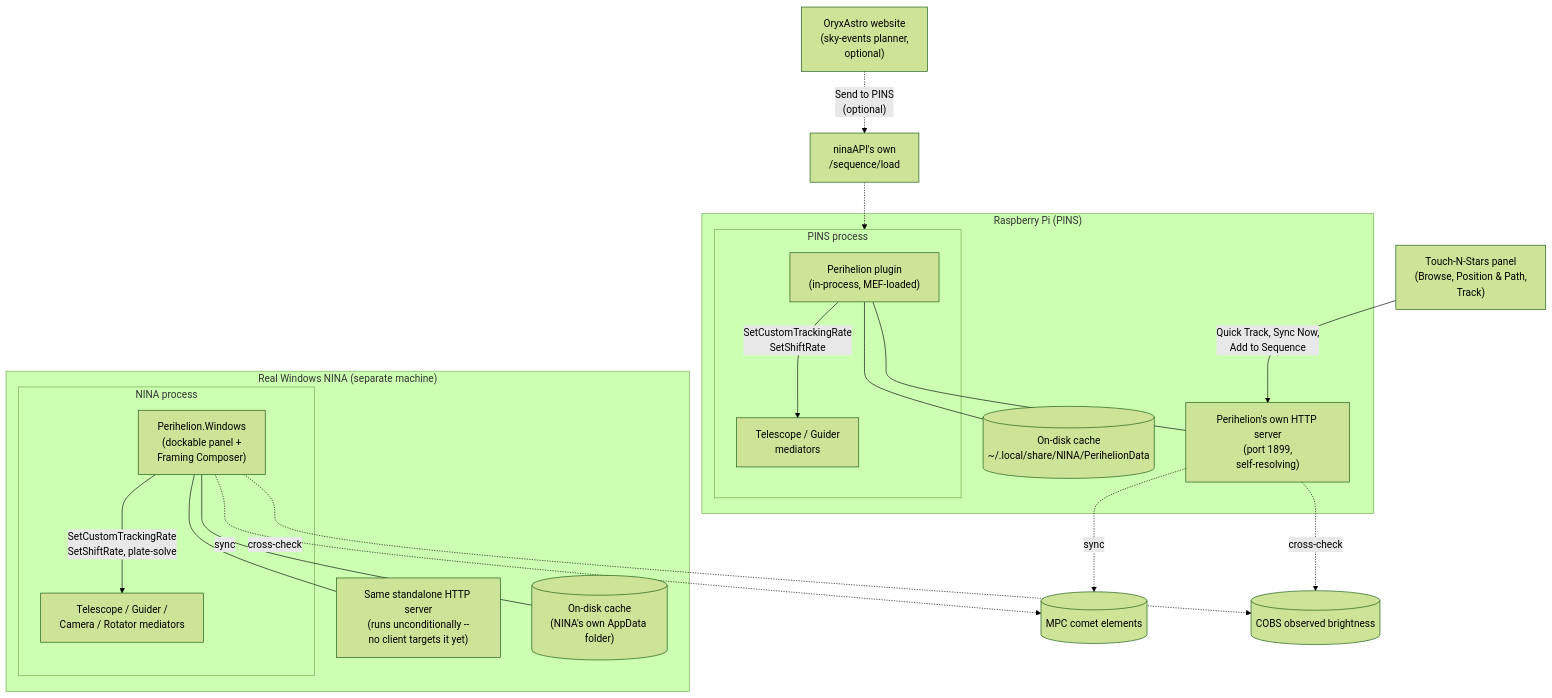
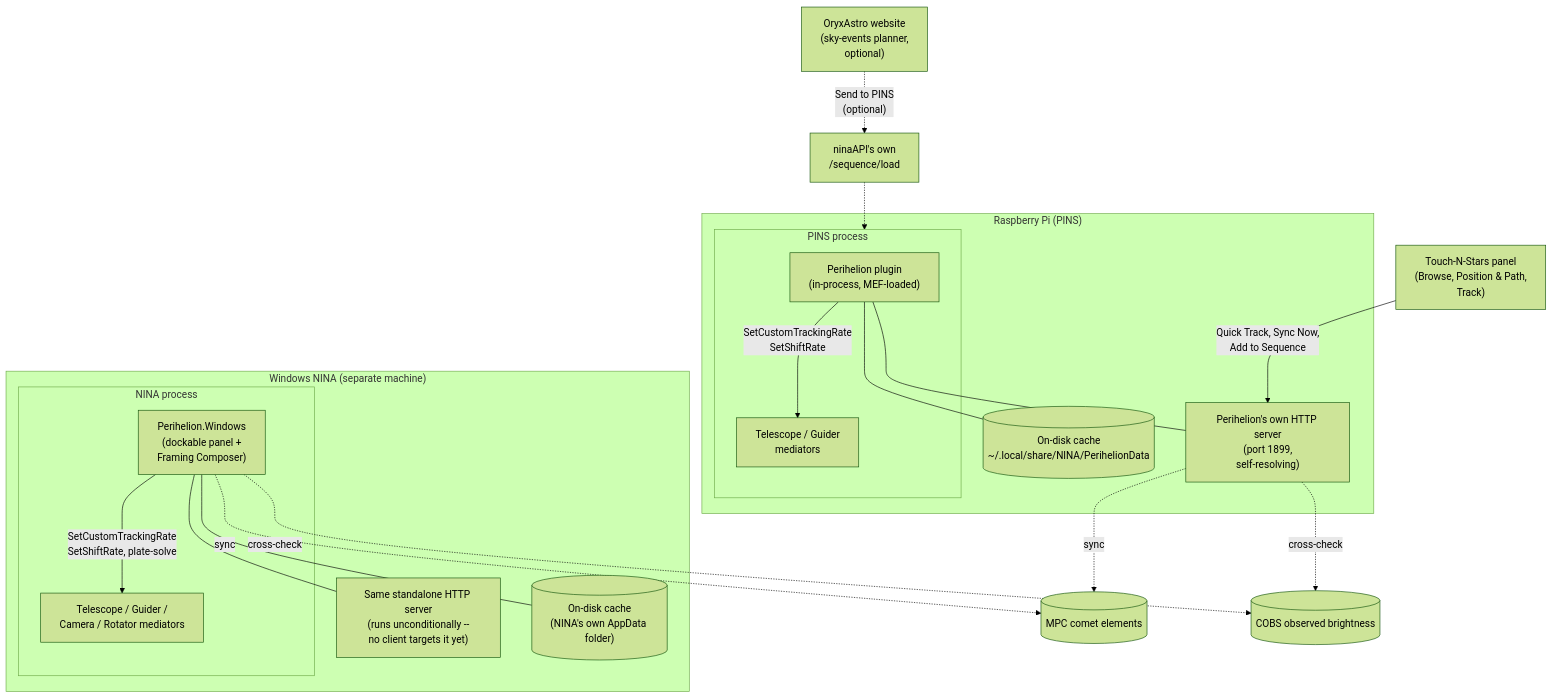
Before and after one commit to OryxAstro/perihelion: the diagram in README.md, drawn with Mermaid (forest theme). The commit also changed other lines of this file and 1 other file, not shown here.

First line of the commit message:
Drop filler "real" and unnecessary Orbitals comparisons from README/CHANGELOG

````diff
--- a/README.md
+++ b/README.md
@@ -70,41 +70,41 @@
 ```mermaid
 flowchart TB
     subgraph pi["Raspberry Pi (PINS)"]
         subgraph nina["PINS process"]
             plugin["Perihelion plugin<br/>(in-process, MEF-loaded)"]
             mediator["Telescope / Guider<br/>mediators"]
             plugin -->|SetCustomTrackingRate<br/>SetShiftRate| mediator
         end
         api["Perihelion's own HTTP server<br/>(port 1899,<br/>self-resolving)"]
         cache[("On-disk cache<br/>~/.local/share/NINA/PerihelionData")]
         plugin --- api
         plugin --- cache
     end
 
     tns["Touch-N-Stars panel<br/>(Browse, Position & Path,<br/>Track)"]
     tns -->|Quick Track, Sync Now,<br/>Add to Sequence| api
 
-    subgraph win["Real Windows NINA (separate machine)"]
+    subgraph win["Windows NINA (separate machine)"]
         subgraph winproc["NINA process"]
             winplugin["Perihelion.Windows<br/>(dockable panel +<br/>Framing Composer)"]
             winmediator["Telescope / Guider /<br/>Camera / Rotator mediators"]
             winplugin -->|SetCustomTrackingRate<br/>SetShiftRate, plate-solve| winmediator
         end
         winapi["Same standalone HTTP server<br/>(runs unconditionally --<br/>no client targets it yet)"]
         wincache[("On-disk cache<br/>(NINA's own AppData folder)")]
         winplugin --- winapi
         winplugin --- wincache
     end
 
     mpc[("MPC comet elements")]
     cobs[("COBS observed brightness")]
     api -.sync.-> mpc
     api -.cross-check.-> cobs
     winplugin -.sync.-> mpc
     winplugin -.cross-check.-> cobs
 
     website["OryxAstro website<br/>(sky-events planner,<br/>optional)"]
     ninaapi["ninaAPI's own<br/>/sequence/load"]
     website -.->|"Send to PINS<br/>(optional)"| ninaapi
     ninaapi -.-> nina
 ```
````
